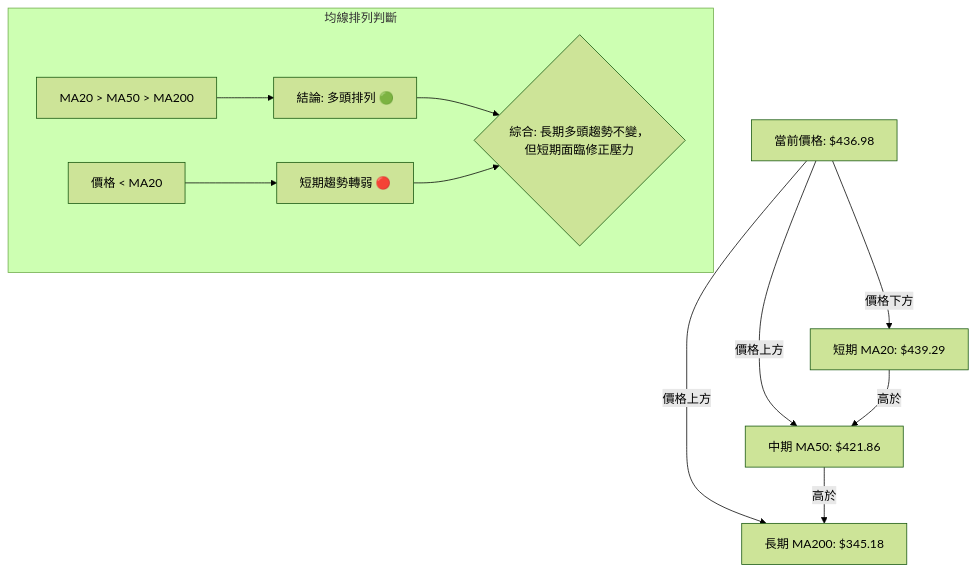
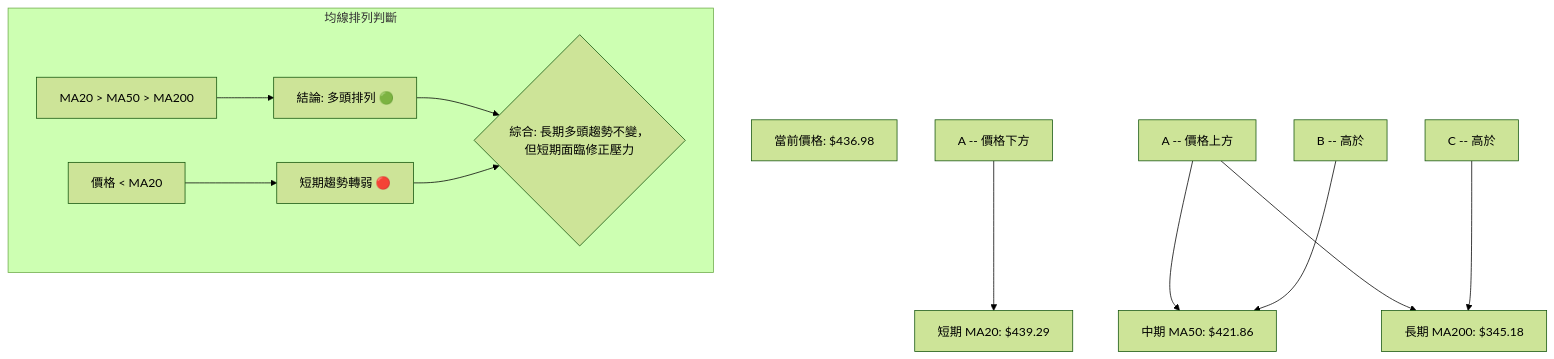
Before and after one commit to yennanliu/finance_data: the fifth of 11 diagrams in ai_gen_report/stock/tsm/technical_analysis_2026-07-08_gemini.md, drawn with Mermaid (forest theme). The commit also changed other lines of this file and 2258 other files, not shown here.

First line of the commit message:
chore: backfill Mermaid syntax repair across existing reports

````diff
--- a/ai_gen_report/stock/tsm/technical_analysis_2026-07-08_gemini.md
+++ b/ai_gen_report/stock/tsm/technical_analysis_2026-07-08_gemini.md
@@ -445,21 +445,21 @@
 ```mermaid
 graph TD
     A["當前價格: $436.98"]
     B["短期 MA20: $439.29"]
     C["中期 MA50: $421.86"]
     D["長期 MA200: $345.18"]
 
-    A -- "價格下方" --> B
-    A -- "價格上方" --> C
-    A -- "價格上方" --> D
+    nb1["A -- "價格下方""] --> B
+    nb2["A -- "價格上方""] --> C
+    nb2["A -- "價格上方""] --> D
 
-    B -- "高於" --> C
-    C -- "高於" --> D
+    nb3["B -- "高於""] --> C
+    nb4["C -- "高於""] --> D
 
     subgraph 均線排列判斷
         P1["MA20 > MA50 > MA200"] --> P2["結論: 多頭排列 🟢"]
         P3["價格 < MA20"] --> P4["短期趨勢轉弱 🔴"]
         P2 --> P5{"綜合: 長期多頭趨勢不變，但短期面臨修正壓力"}
         P4 --> P5
     end
 ```
````
